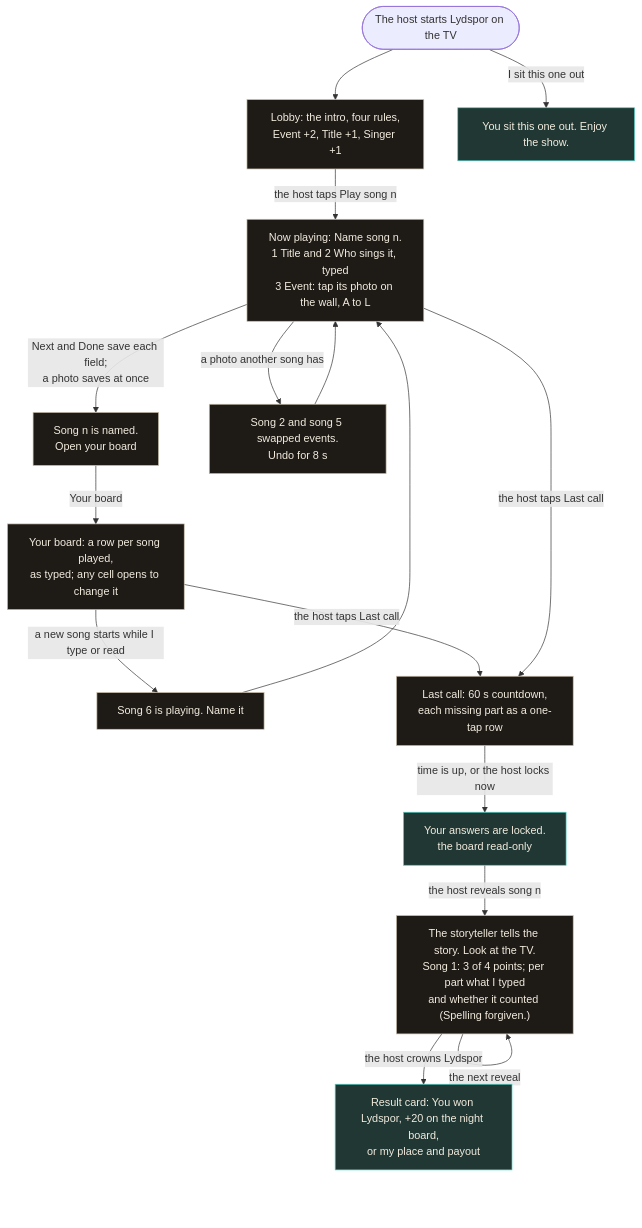
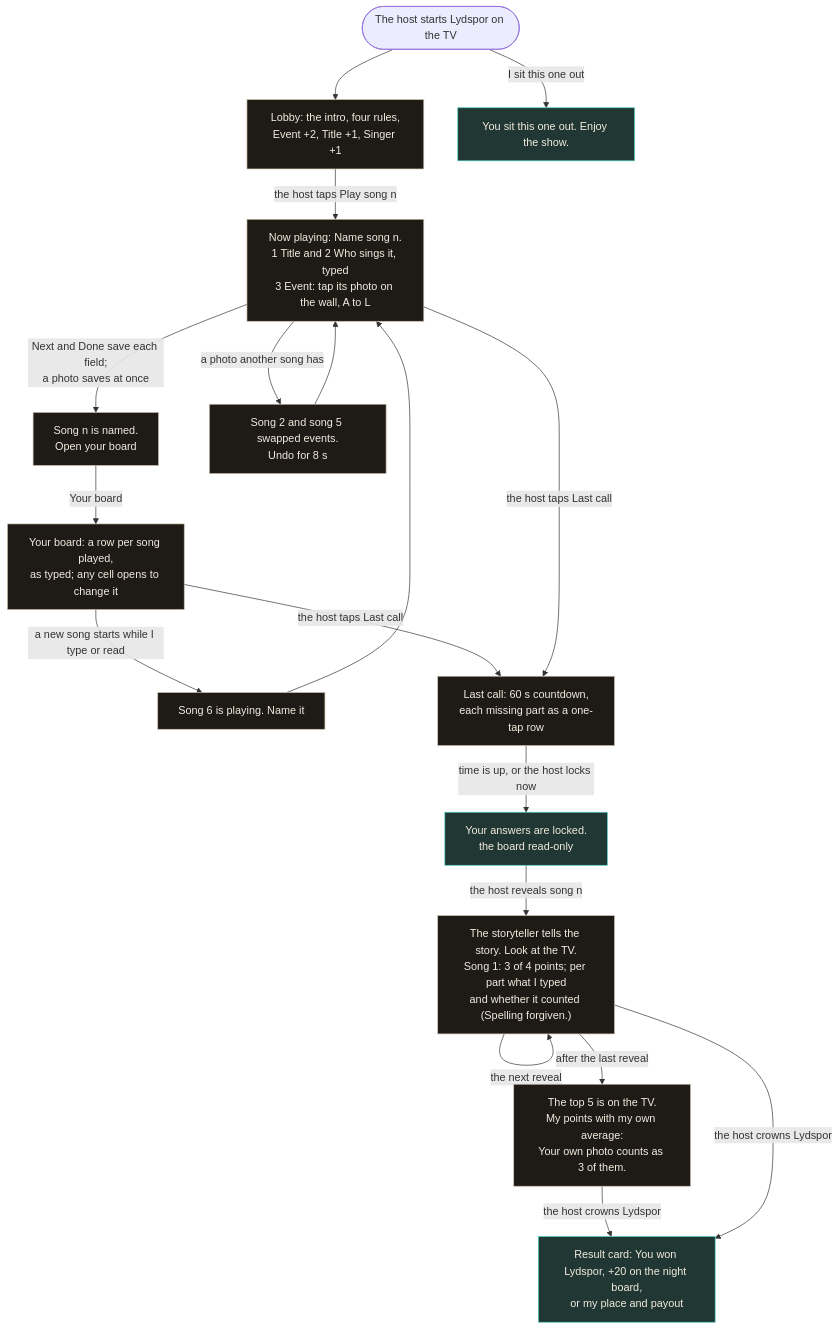
One commit to NicolaiLassen/hurra changed the sixth of 15 diagrams in docs/user-flows.md. Above: the diagram before and after it, drawn with Mermaid. The commit also changed other lines of this file and 1 other file, not shown here.

Commit message:
The phone flow doc and the settings' top 5 hint say how Lydspor now behaves: its screens are in place, a field the last call removes is saved, and the last top 5 always shows with each own average

````diff
--- a/docs/user-flows.md
+++ b/docs/user-flows.md
@@ -193,23 +192,25 @@
 ```mermaid
 flowchart TD
   classDef screen fill:#1e1a16,stroke:#c9bfae,color:#f2ebde
   classDef gate fill:#14110e,stroke:#f5c542,color:#f2ebde
   classDef closed fill:#203733,stroke:#4fd1c5,color:#f2ebde
 
   START(["The host starts Lydspor on the TV"]) --> LOB["Lobby: the intro, four rules,<br/>Event +2, Title +1, Singer +1"]:::screen
   LOB -- "the host taps Play song n" --> NOW["Now playing: Name song n.<br/>1 Title and 2 Who sings it, typed<br/>3 Event: tap its photo on the wall, A to L"]:::screen
   NOW -- "Next and Done save each field;<br/>a photo saves at once" --> NAMED["Song n is named.<br/>Open your board"]:::screen
   NOW -- "a photo another song has" --> SWAP["Song 2 and song 5 swapped events.<br/>Undo for 8 s"]:::screen
   SWAP --> NOW
   NAMED -- "Your board" --> BOARD["Your board: a row per song played,<br/>as typed; any cell opens to change it"]:::screen
   BOARD -- "a new song starts while I type or read" --> BANNER["Song 6 is playing. Name it"]:::screen
   BANNER --> NOW
   BOARD -- "the host taps Last call" --> LAST["Last call: 60 s countdown,<br/>each missing part as a one-tap row"]:::screen
   NOW -- "the host taps Last call" --> LAST
   LAST -- "time is up, or the host locks now" --> LOCKED["Your answers are locked.<br/>the board read-only"]:::closed
   LOCKED -- "the host reveals song n" --> REV["The storyteller tells the story. Look at the TV.<br/>Song 1: 3 of 4 points; per part what I typed<br/>and whether it counted (Spelling forgiven.)"]:::screen
   REV -- "the host accepts my close answer" --> REV
   REV -- "the next reveal" --> REV
+  REV -- "after the last reveal" --> TOP["The top 5 is on the TV.<br/>My points with my own average:<br/>Your own photo counts as 3 of them."]:::screen
+  TOP -- "the host crowns Lydspor" --> RES
   REV -- "the host crowns Lydspor" --> RES["Result card: You won Lydspor, +20 on the night board,<br/>or my place and payout"]:::closed
   START -- "I sit this one out" --> SIT["You sit this one out. Enjoy the show."]:::closed
 ```
````
